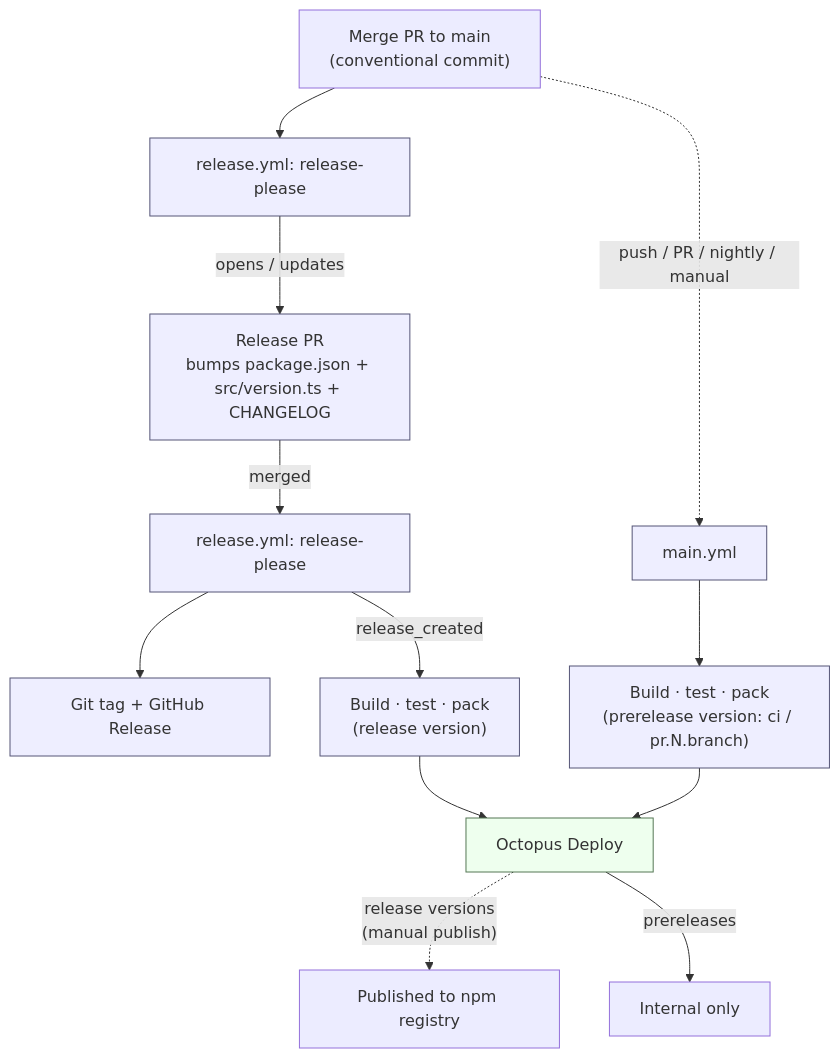
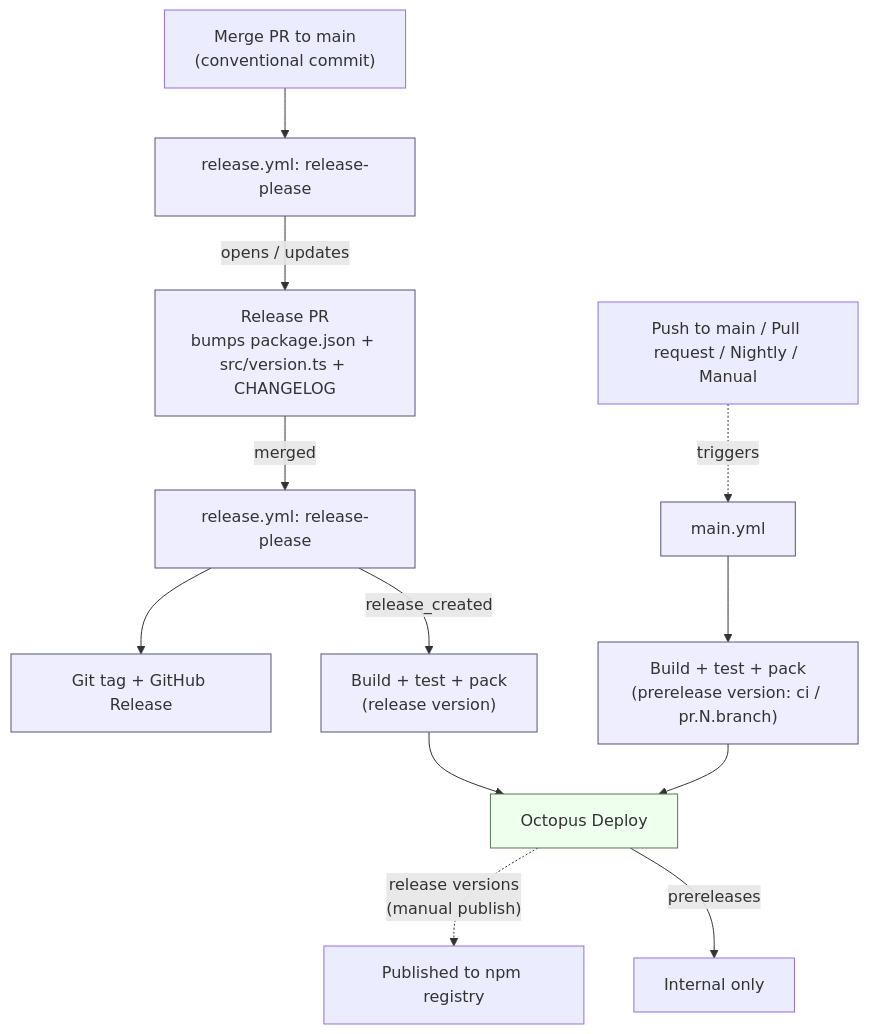
The diagram in RELEASING.md (OctopusDeploy/openfeature-provider-ts-web), drawn with Mermaid before and after one commit.

````diff
--- a/RELEASING.md
+++ b/RELEASING.md
@@ -7,23 +7,24 @@
 ```mermaid
 flowchart TD
     PR["Merge PR to main<br/>(conventional commit)"]
+    TRIG["Push to main / Pull request / Nightly / Manual"]
 
     PR --> RP["release.yml: release-please"]
-    PR -. "push / PR / nightly / manual" .-> CI["main.yml"]
+    TRIG -. "triggers" .-> CI["main.yml"]
 
     RP -->|"opens / updates"| RPR["Release PR<br/>bumps package.json + src/version.ts + CHANGELOG"]
     RPR -->|"merged"| RP2["release.yml: release-please"]
     RP2 --> TAG["Git tag + GitHub Release"]
-    RP2 -->|"release_created"| ACTR["Build · test · pack<br/>(release version)"]
-    CI --> ACTP["Build · test · pack<br/>(prerelease version: ci / pr.N.branch)"]
+    RP2 -->|"release_created"| ACTR["Build + test + pack<br/>(release version)"]
+    CI --> ACTP["Build + test + pack<br/>(prerelease version: ci / pr.N.branch)"]
 
     ACTR --> OCT["Octopus Deploy"]
     ACTP --> OCT
     OCT -. "release versions<br/>(manual publish)" .-> PUB["Published to npm registry"]
     OCT -->|"prereleases"| PRE["Internal only"]
 
     classDef gh fill:#eef,stroke:#557;
     classDef oct fill:#efe,stroke:#575;
     class RP,RPR,RP2,TAG,CI,ACTR,ACTP gh;
     class OCT oct;
 ```
````
